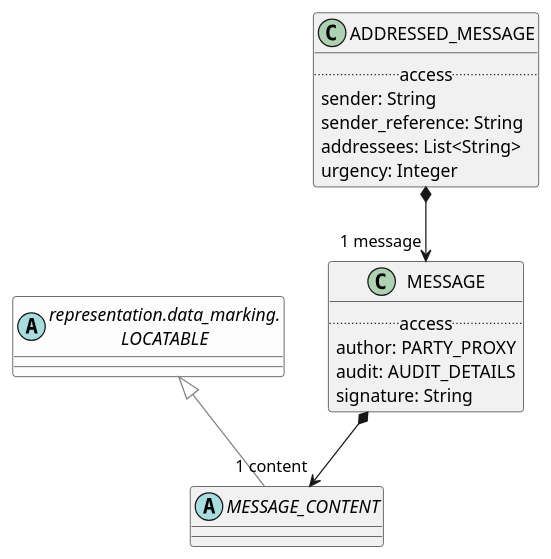
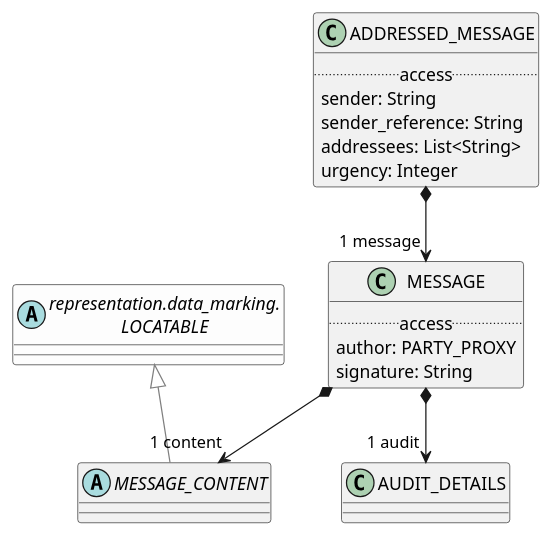
Before and after one commit to wolandscat/openehr-doc: the diagram in modules/ROOT/examples/bmm/domain-healthcare/ehr_extract/message/message-package-uml.adoc, drawn with PlantUML. The commit also changed 30 other files, not shown here.

```diff
--- a/modules/ROOT/examples/bmm/domain-healthcare/ehr_extract/message/message-package-uml.adoc
+++ b/modules/ROOT/examples/bmm/domain-healthcare/ehr_extract/message/message-package-uml.adoc
@@ -3,36 +3,37 @@
 [plantuml,opts=interactive,link=self]
 ....
 skinparam groupInheritance 2
 skinparam citedClassColor #FDFDFD
 
 
 abstract class MESSAGE_CONTENT [[/openehr-doc/latest/domain-healthcare/ehr_extract-gen.html#_class_message_content]] {
 }
 
 MESSAGE_CONTENT -[#gray]up-|> LOCATABLE  
 
 
 class ADDRESSED_MESSAGE [[/openehr-doc/latest/domain-healthcare/ehr_extract-gen.html#_class_addressed_message]] {
         .. access ..
         sender: String
         sender_reference: String
         addressees: List<String>
         urgency: Integer
 }
 
 
 ADDRESSED_MESSAGE *--> "1 message" MESSAGE
 
 class MESSAGE [[/openehr-doc/latest/domain-healthcare/ehr_extract-gen.html#_class_message]] {
         .. access ..
         author: PARTY_PROXY
-        audit: AUDIT_DETAILS
         signature: String
 }
 
+
+MESSAGE *--> "1 audit" AUDIT_DETAILS
 
 MESSAGE *--> "1 content" MESSAGE_CONTENT
 abstract class "representation.data_marking.\nLOCATABLE" as LOCATABLE  [[/openehr-doc/latest/representation/data_marking-gen.html#_class_locatable]] #FDFDFD {
 }
 
 ....
```
